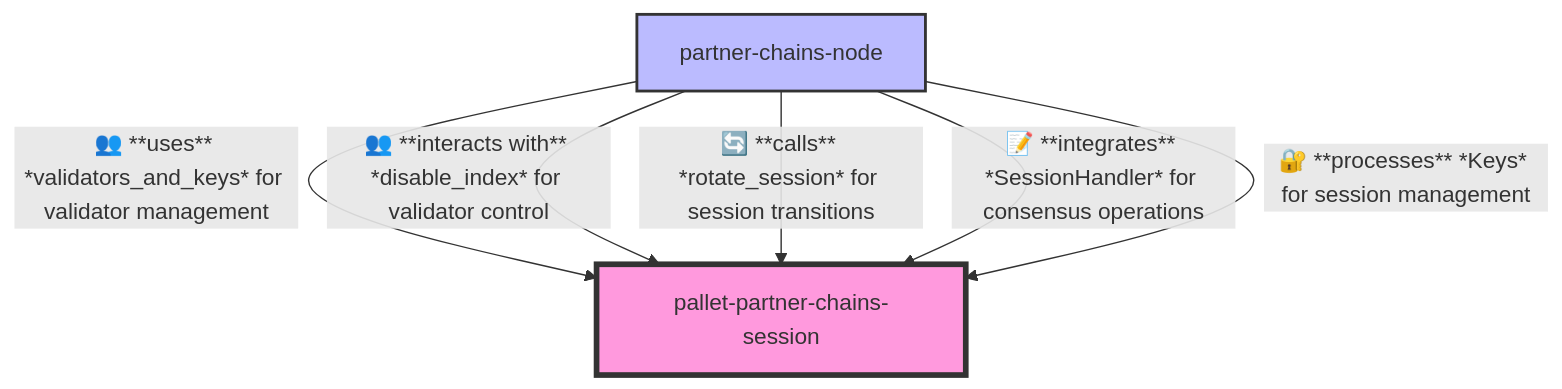
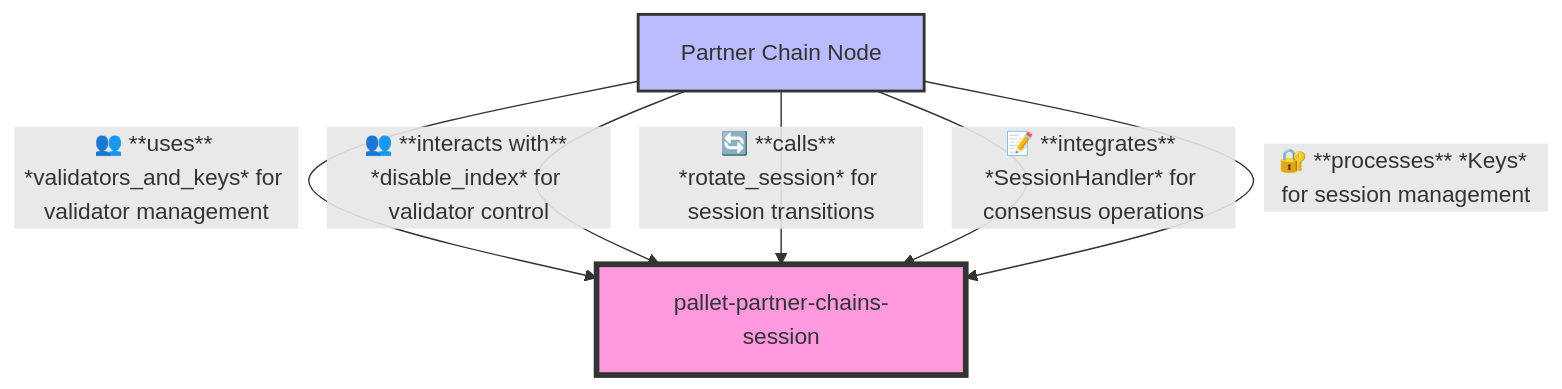
One commit to input-output-hk/partner-chains changed the second of 2 diagrams in toolkit/pallets/partner-chains-session/README.md. Above: the diagram before and after it, drawn with Mermaid. The commit also changed 4 other files, not shown here.

````diff
--- a/toolkit/pallets/partner-chains-session/README.md
+++ b/toolkit/pallets/partner-chains-session/README.md
@@ -305,18 +305,18 @@
 ```mermaid
 graph TB
    classDef main fill:#f9d,stroke:#333,stroke-width:4px
    classDef consumer fill:#bbf,stroke:#333,stroke-width:2px
 
 %% Node positioned above (consumer)
-   partnerChainsNode[partner-chains-node]:::consumer
+   partnerChainsNode[Partner Chain Node]:::consumer
 
 %% Main pallet (in the middle)
    partnerChainsSession[pallet-partner-chains-session]:::main
 
 %% Node's relationship with partner-chains-session
    partnerChainsNode -->|👥 **uses** *validators_and_keys* for validator management| partnerChainsSession
    partnerChainsNode -->|👥 **interacts with** *disable_index* for validator control| partnerChainsSession
    partnerChainsNode -->|🔄 **calls** *rotate_session* for session transitions| partnerChainsSession
    partnerChainsNode -->|📝 **integrates** *SessionHandler* for consensus operations| partnerChainsSession
    partnerChainsNode -->|🔐 **processes** *Keys* for session management| partnerChainsSession
 ```
````
